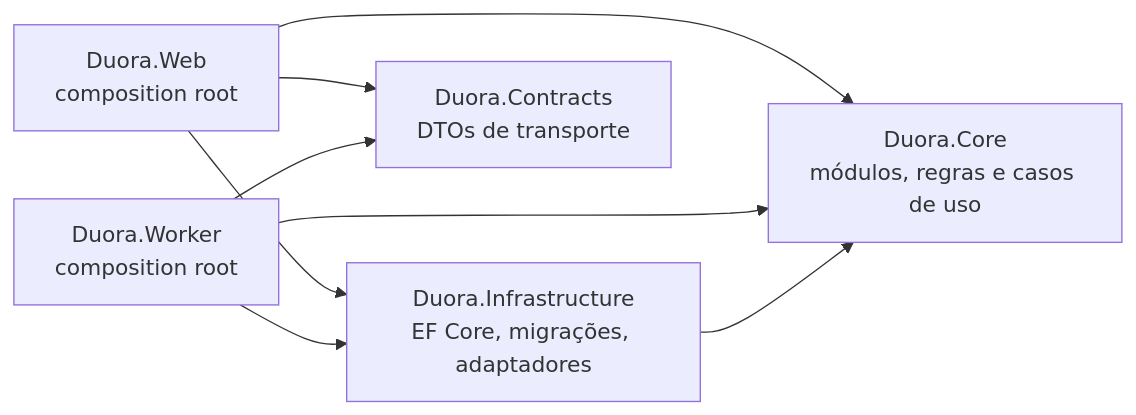
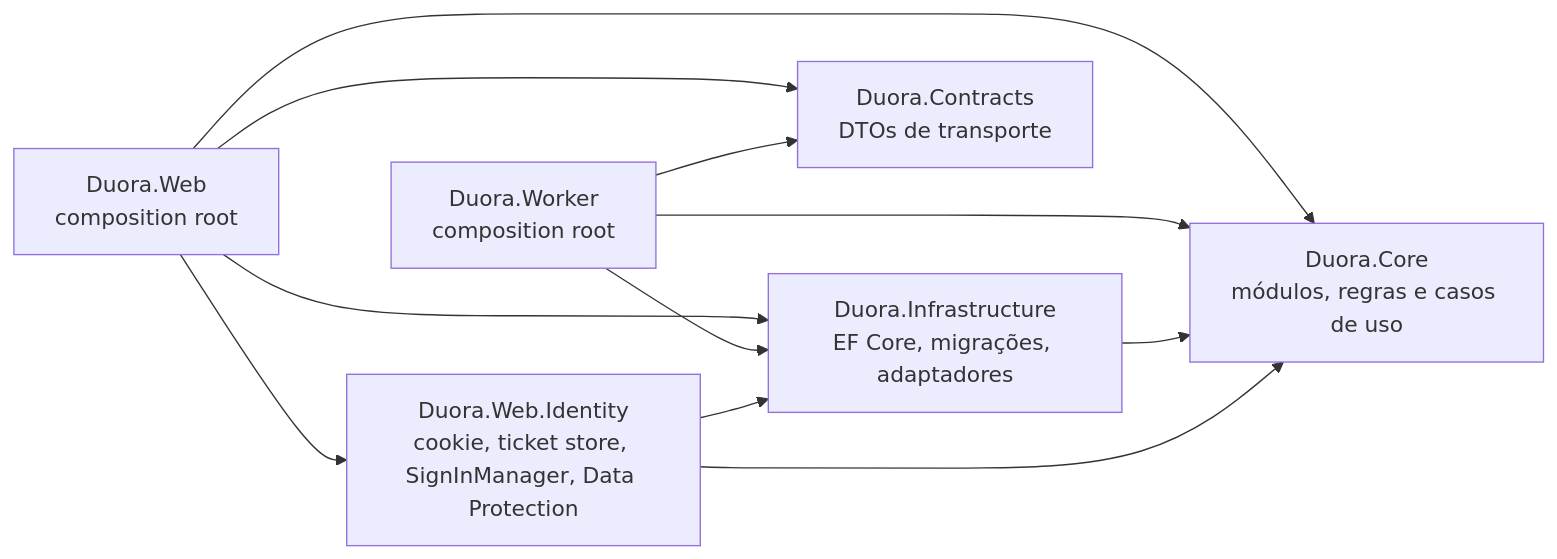
The diagram in docs/architecture/modules.md (BipoXDXD/duora), drawn with Mermaid before and after one commit. The commit also changed other lines of this file and 27 other files, not shown here.

````diff
--- a/docs/architecture/modules.md
+++ b/docs/architecture/modules.md
@@ -12,10 +12,13 @@
 ```mermaid
 flowchart LR
     Web["Duora.Web<br/>composition root"] --> Core["Duora.Core<br/>módulos, regras e casos de uso"]
     Web --> Infra["Duora.Infrastructure<br/>EF Core, migrações, adaptadores"]
     Web --> Contracts["Duora.Contracts<br/>DTOs de transporte"]
     Worker["Duora.Worker<br/>composition root"] --> Core
     Worker --> Infra
     Worker --> Contracts
     Infra --> Core
+    Web --> WebIdentity["Duora.Web.Identity<br/>cookie, ticket store, SignInManager, Data Protection"]
+    WebIdentity --> Infra
+    WebIdentity --> Core
 ```
````
